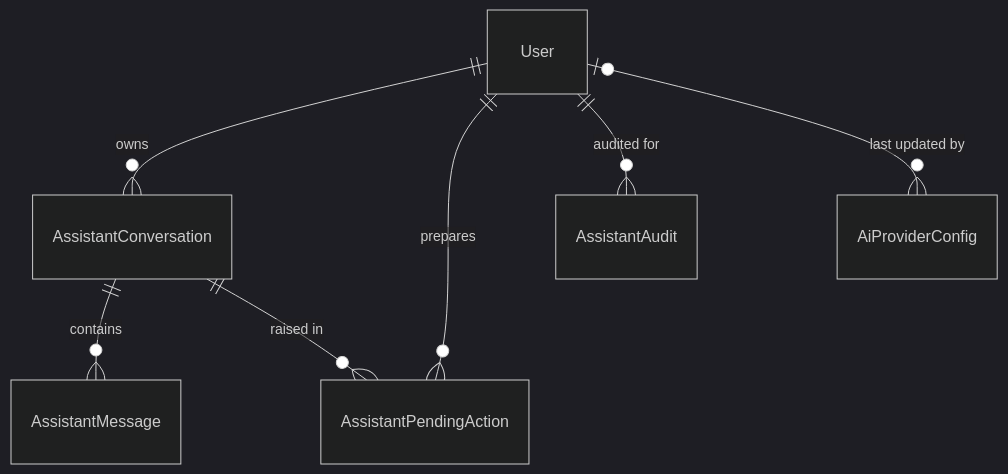
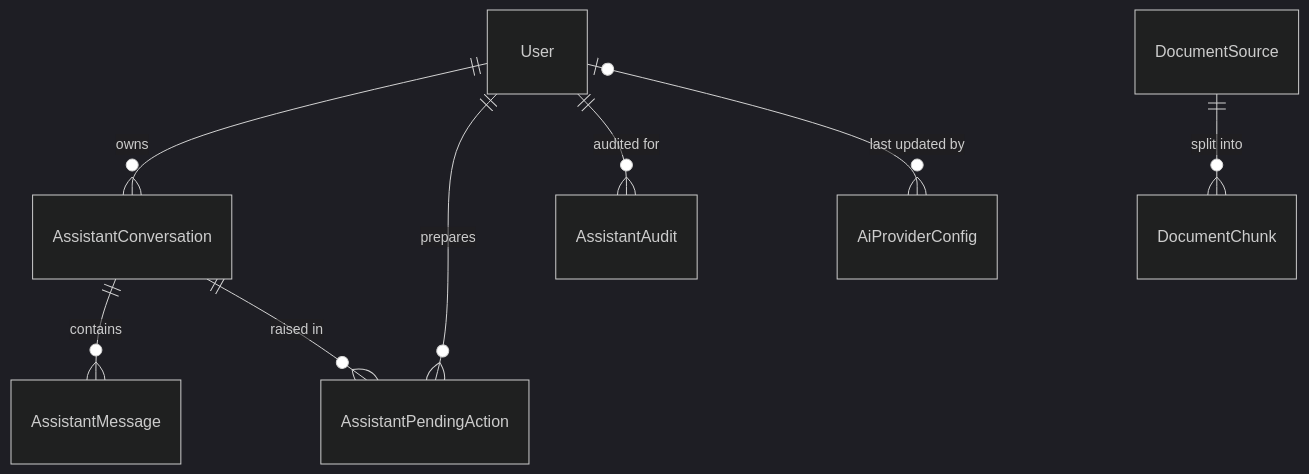
One commit to jojogeorge3344/TaskFlow-Project changed the fourth of 9 diagrams in TF - Documents/TF - HLD/08-TFA-Assistant/08.1-Assistant/HLD-Assistant.md. Above: the diagram before and after it, drawn with Mermaid (dark theme). The commit also changed other lines of this file and 123 other files, not shown here.

````diff
--- a/TF - Documents/TF - HLD/08-TFA-Assistant/08.1-Assistant/HLD-Assistant.md
+++ b/TF - Documents/TF - HLD/08-TFA-Assistant/08.1-Assistant/HLD-Assistant.md
@@ -232,9 +258,10 @@
 ```mermaid
 erDiagram
   User ||--o{ AssistantConversation : owns
   AssistantConversation ||--o{ AssistantMessage : contains
   User ||--o{ AssistantPendingAction : prepares
   AssistantConversation ||--o{ AssistantPendingAction : "raised in"
   User ||--o{ AssistantAudit : "audited for"
   User |o--o{ AiProviderConfig : "last updated by"
+  DocumentSource ||--o{ DocumentChunk : "split into"
 ```
````
